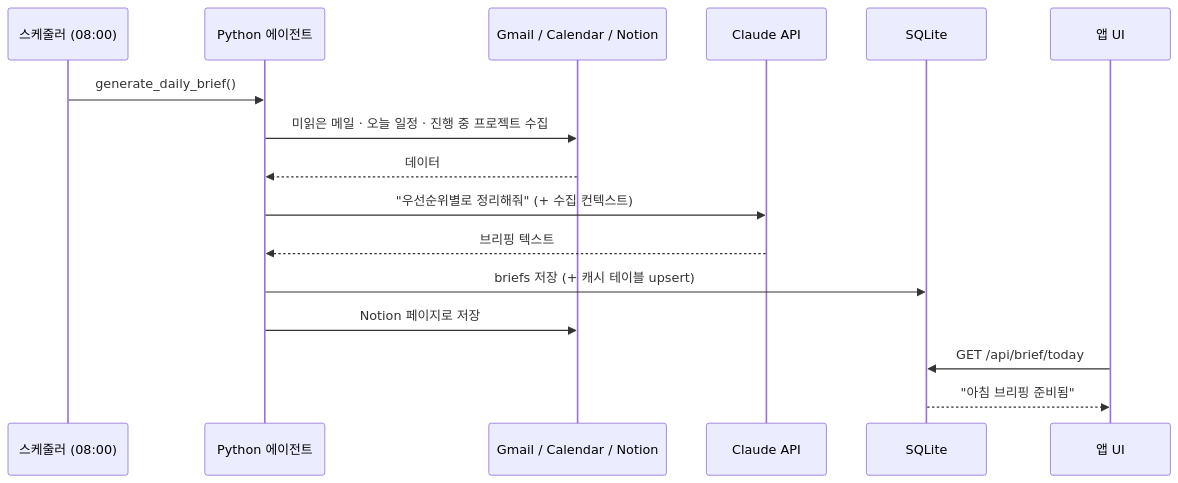
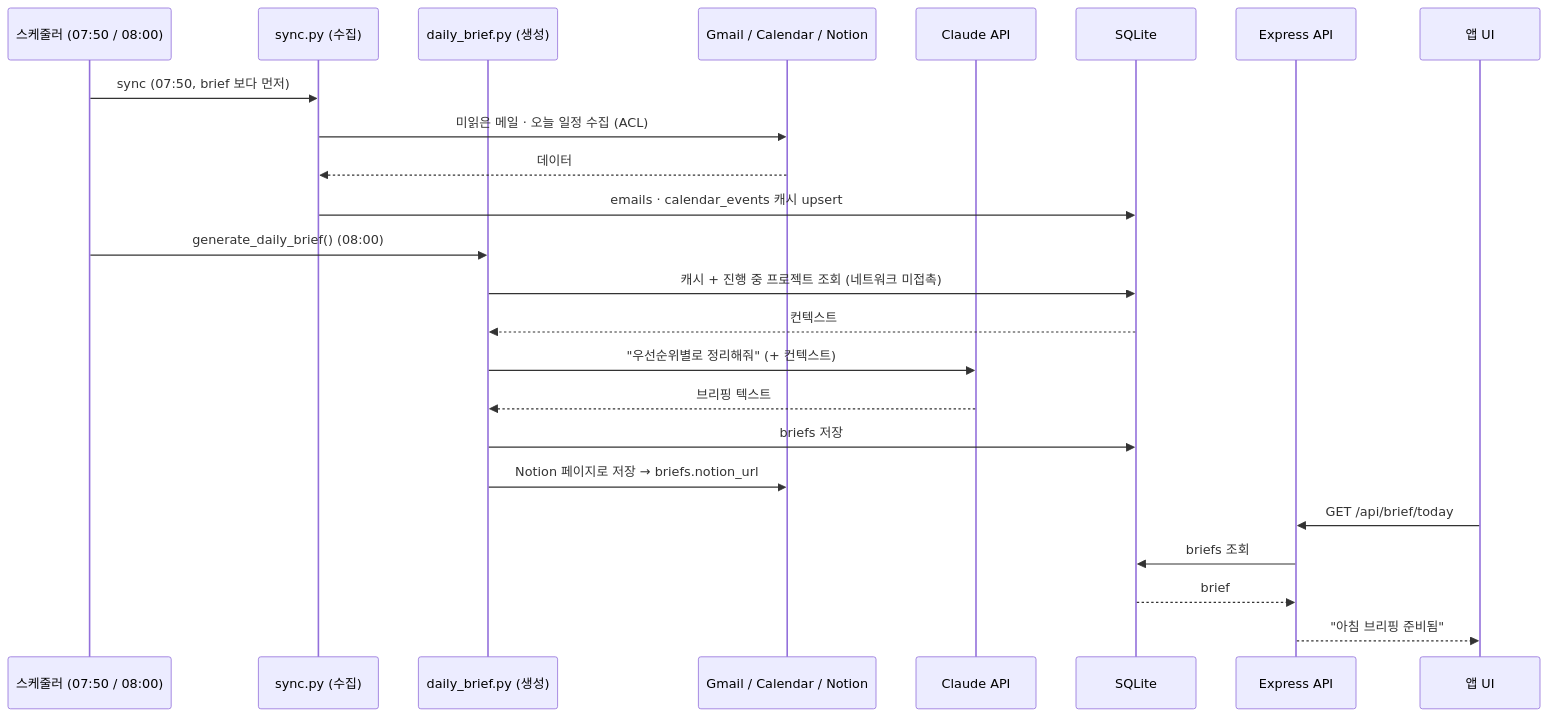
Before and after one commit to gamercross/my-setup-proj: the second of 6 diagrams in docs/product/architecture/ARCHITECTURE.md, drawn with Mermaid. The commit also changed other lines of this file and 9 other files, not shown here.

First line of the commit message:
docs: NFR-REL-03 종료 정책 개정 + 서비스 계층 + 다이어그램 정합

````diff
--- a/docs/product/architecture/ARCHITECTURE.md
+++ b/docs/product/architecture/ARCHITECTURE.md
@@ -207,19 +207,27 @@
 ```mermaid
 sequenceDiagram
-  participant SCH as 스케줄러 (08:00)
-  participant AG as Python 에이전트
+  participant SCH as 스케줄러 (07:50 / 08:00)
+  participant SY as sync.py (수집)
+  participant AG as daily_brief.py (생성)
   participant EXT as Gmail / Calendar / Notion
   participant CL as Claude API
   participant DB as SQLite
+  participant API as Express API
   participant UI as 앱 UI
 
-  SCH->>AG: generate_daily_brief()
-  AG->>EXT: 미읽은 메일 · 오늘 일정 · 진행 중 프로젝트 수집
-  EXT-->>AG: 데이터
-  AG->>CL: "우선순위별로 정리해줘" (+ 수집 컨텍스트)
+  SCH->>SY: sync (07:50, brief 보다 먼저)
+  SY->>EXT: 미읽은 메일 · 오늘 일정 수집 (ACL)
+  EXT-->>SY: 데이터
+  SY->>DB: emails · calendar_events 캐시 upsert
+  SCH->>AG: generate_daily_brief() (08:00)
+  AG->>DB: 캐시 + 진행 중 프로젝트 조회 (네트워크 미접촉)
+  DB-->>AG: 컨텍스트
+  AG->>CL: "우선순위별로 정리해줘" (+ 컨텍스트)
   CL-->>AG: 브리핑 텍스트
-  AG->>DB: briefs 저장 (+ 캐시 테이블 upsert)
-  AG->>EXT: Notion 페이지로 저장
-  UI->>DB: GET /api/brief/today
-  DB-->>UI: "아침 브리핑 준비됨"
+  AG->>DB: briefs 저장
+  AG->>EXT: Notion 페이지로 저장 → briefs.notion_url
+  UI->>API: GET /api/brief/today
+  API->>DB: briefs 조회
+  DB-->>API: brief
+  API-->>UI: "아침 브리핑 준비됨"
 ```
````
